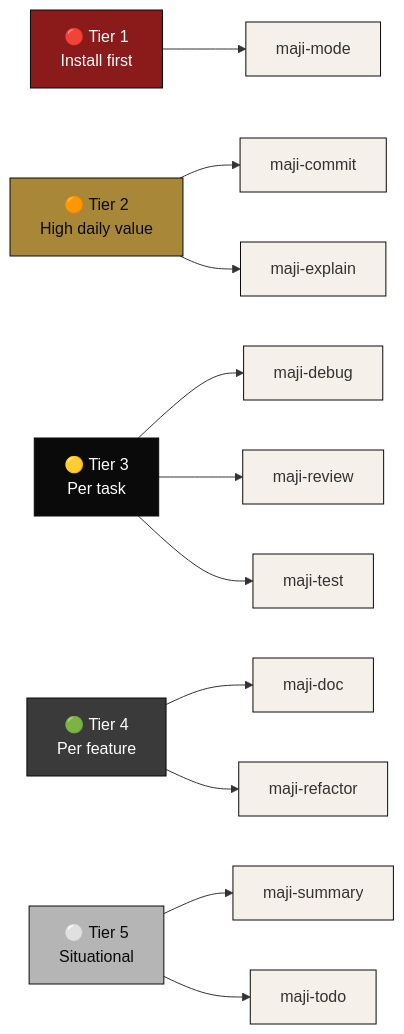
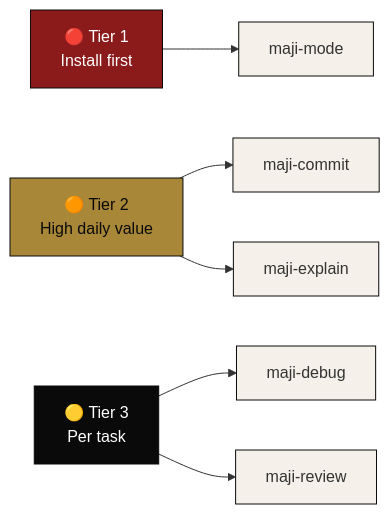
The first of 6 diagrams in README.md (Ijam18/MAJI-Skills), drawn with Mermaid before and after one commit. The commit also changed other lines of this file and 6 other files, not shown here.

````diff
--- a/README.md
+++ b/README.md
@@ -78,29 +81,17 @@
 ```mermaid
 flowchart LR
     T1[🔴 Tier 1<br/>Install first] --> M[maji-mode]
     T2[🟠 Tier 2<br/>High daily value] --> C[maji-commit]
     T2 --> E[maji-explain]
     T3[🟡 Tier 3<br/>Per task] --> D[maji-debug]
     T3 --> R[maji-review]
-    T3 --> Te[maji-test]
-    T4[🟢 Tier 4<br/>Per feature] --> Do[maji-doc]
-    T4 --> Rf[maji-refactor]
-    T5[⚪ Tier 5<br/>Situational] --> S[maji-summary]
-    T5 --> To[maji-todo]
 
     style T1 fill:#8B1A1A,stroke:#0A0A0A,color:#FFFFFF
     style T2 fill:#A88838,stroke:#0A0A0A,color:#0A0A0A
     style T3 fill:#0A0A0A,stroke:#0A0A0A,color:#FFFFFF
-    style T4 fill:#3A3A3A,stroke:#0A0A0A,color:#FFFFFF
-    style T5 fill:#B5B5B5,stroke:#0A0A0A,color:#0A0A0A
     style M fill:#F5F1EA,stroke:#0A0A0A
     style C fill:#F5F1EA,stroke:#0A0A0A
     style E fill:#F5F1EA,stroke:#0A0A0A
     style D fill:#F5F1EA,stroke:#0A0A0A
     style R fill:#F5F1EA,stroke:#0A0A0A
-    style Te fill:#F5F1EA,stroke:#0A0A0A
-    style Do fill:#F5F1EA,stroke:#0A0A0A
-    style Rf fill:#F5F1EA,stroke:#0A0A0A
-    style S fill:#F5F1EA,stroke:#0A0A0A
-    style To fill:#F5F1EA,stroke:#0A0A0A
 ```
````
